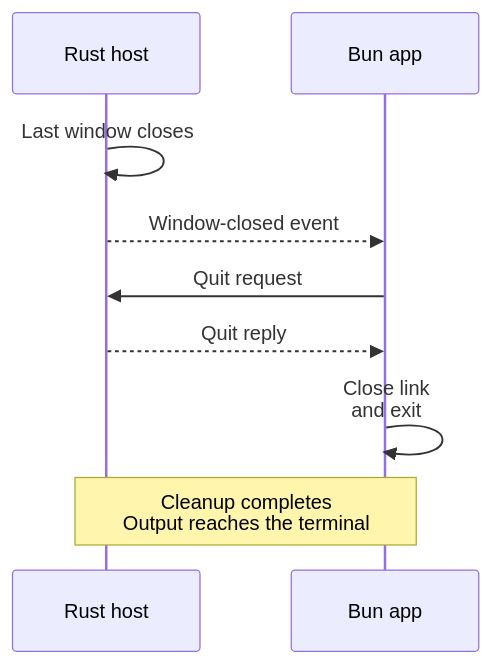
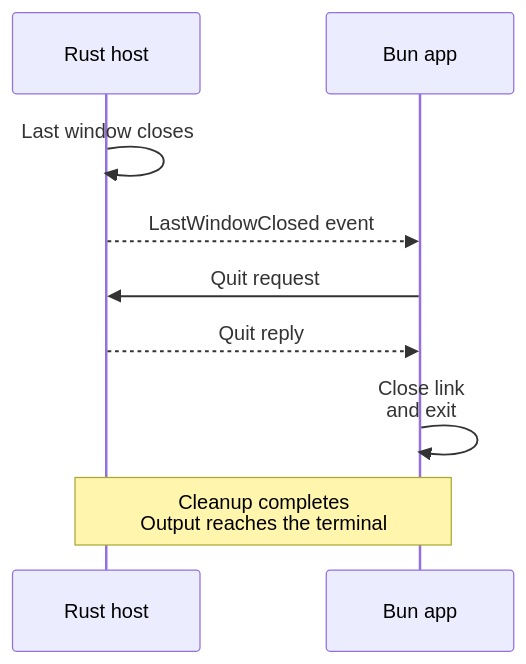
Before and after one commit to gyldlab/keld: the second of 2 diagrams in README.md, drawn with Mermaid.

Commit message:
docs(readme): name last-window-close lifecycle event

````diff
--- a/README.md
+++ b/README.md
@@ -173,14 +173,14 @@
 ```mermaid
 sequenceDiagram
     accTitle: Current stock demo normal-close sequence
     accDescr: After the last native window closes, the Rust host sends LastWindowClosed over the authenticated KIPC link. The stock Bun app sends a Quit request on the same link, waits for its reply, closes its connection and exits. Session cleanup and captured output forwarding finish before relaunch. Physical normal-close evidence is scoped to the linked Windows and Ubuntu captures.
     participant H as Rust host
     participant B as Bun app
 
     H->>H: Last window closes
-    H-->>B: Window-closed event
+    H-->>B: LastWindowClosed event
     B->>H: Quit request
     H-->>B: Quit reply
     B->>B: Close link<br/>and exit
     Note over H,B: Cleanup completes<br/>Output reaches the terminal
 ```
````
